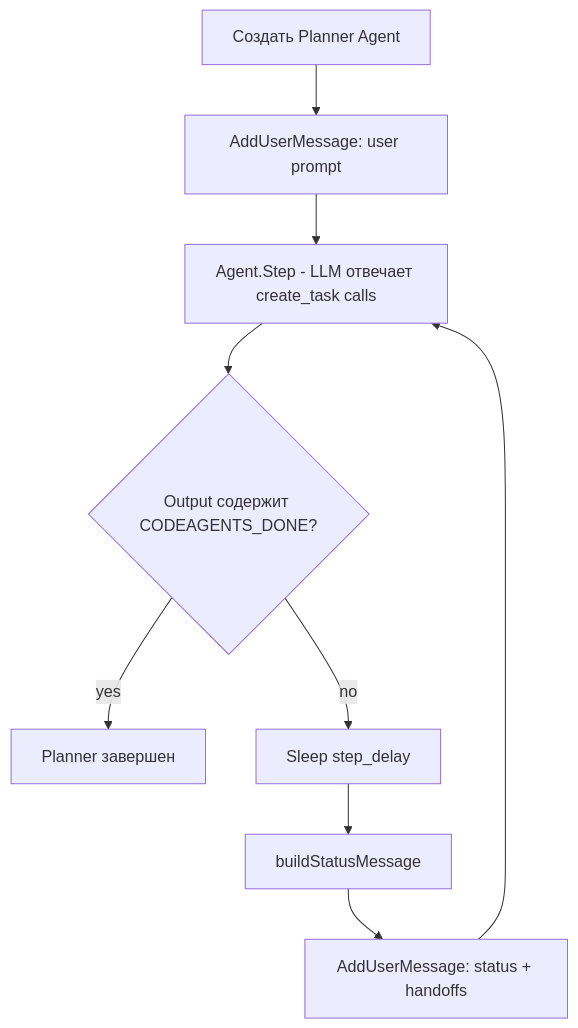
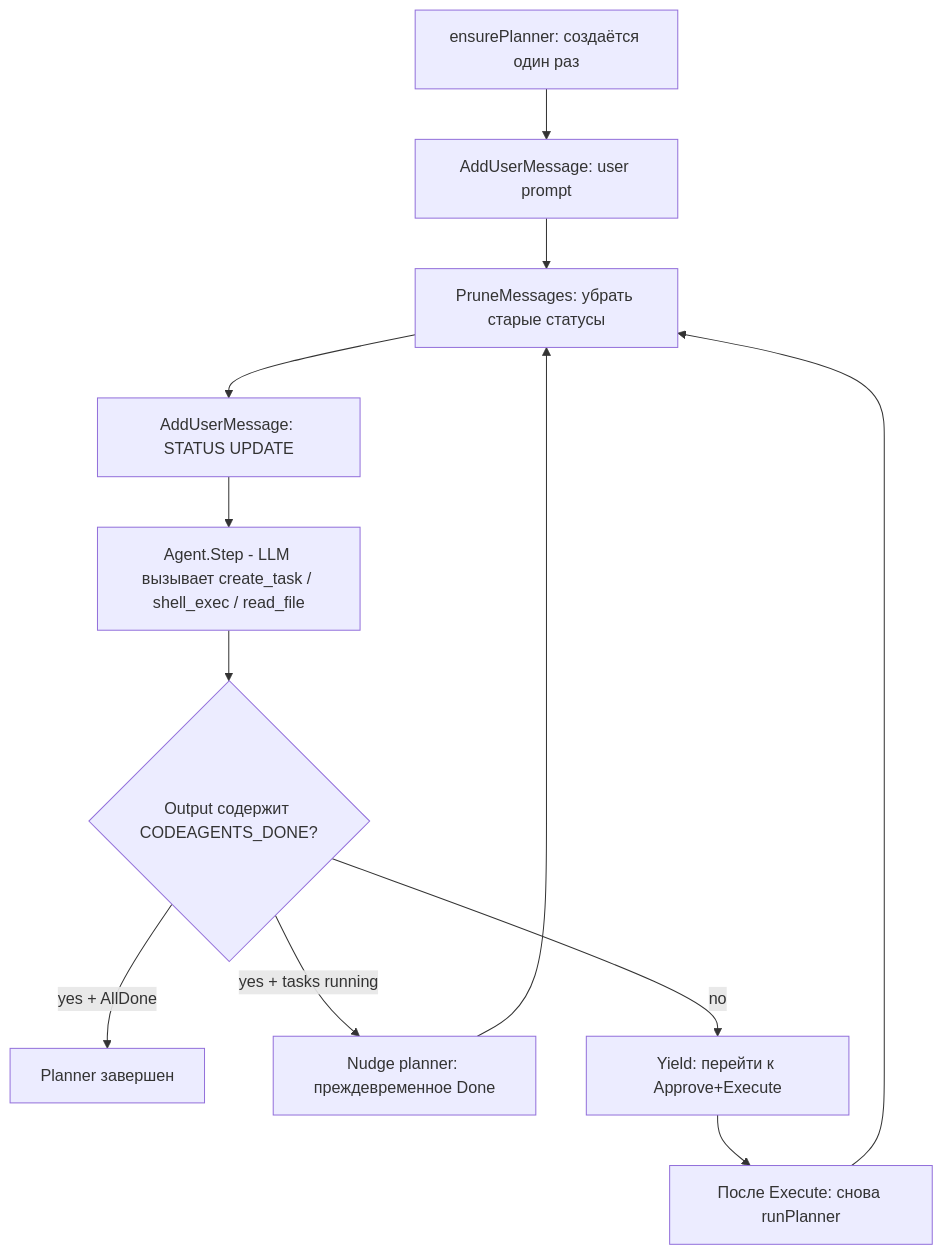
Before and after one commit to kelnmaari/code-agents: the second of 4 diagrams in docs/orchestration-loop.md, drawn with Mermaid. The commit also changed other lines of this file and 3 other files, not shown here.

````diff
--- a/docs/orchestration-loop.md
+++ b/docs/orchestration-loop.md
@@ -43,11 +102,14 @@
 ```mermaid
 graph TD
-    A[Создать Planner Agent] --> B[AddUserMessage: user prompt]
-    B --> C[Agent.Step - LLM отвечает create_task calls]
-    C --> D{Output содержит CODEAGENTS_DONE?}
-    D -->|yes| E[Planner завершен]
-    D -->|no| F[Sleep step_delay]
-    F --> G[buildStatusMessage]
-    G --> H[AddUserMessage: status + handoffs]
+    A[ensurePlanner: создаётся один раз] --> B[AddUserMessage: user prompt]
+    B --> C[PruneMessages: убрать старые статусы]
+    C --> D[AddUserMessage: STATUS UPDATE]
+    D --> E[Agent.Step - LLM вызывает create_task / shell_exec / read_file]
+    E --> F{Output содержит CODEAGENTS_DONE?}
+    F -->|yes + AllDone| G[Planner завершен]
+    F -->|yes + tasks running| H[Nudge planner: преждевременное Done]
     H --> C
+    F -->|no| I[Yield: перейти к Approve+Execute]
+    I --> J[После Execute: снова runPlanner]
+    J --> C
 ```
````
